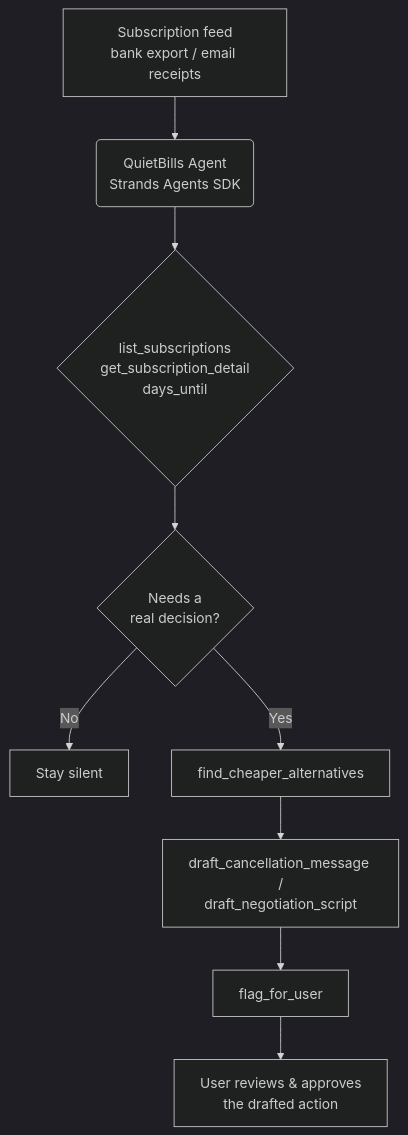
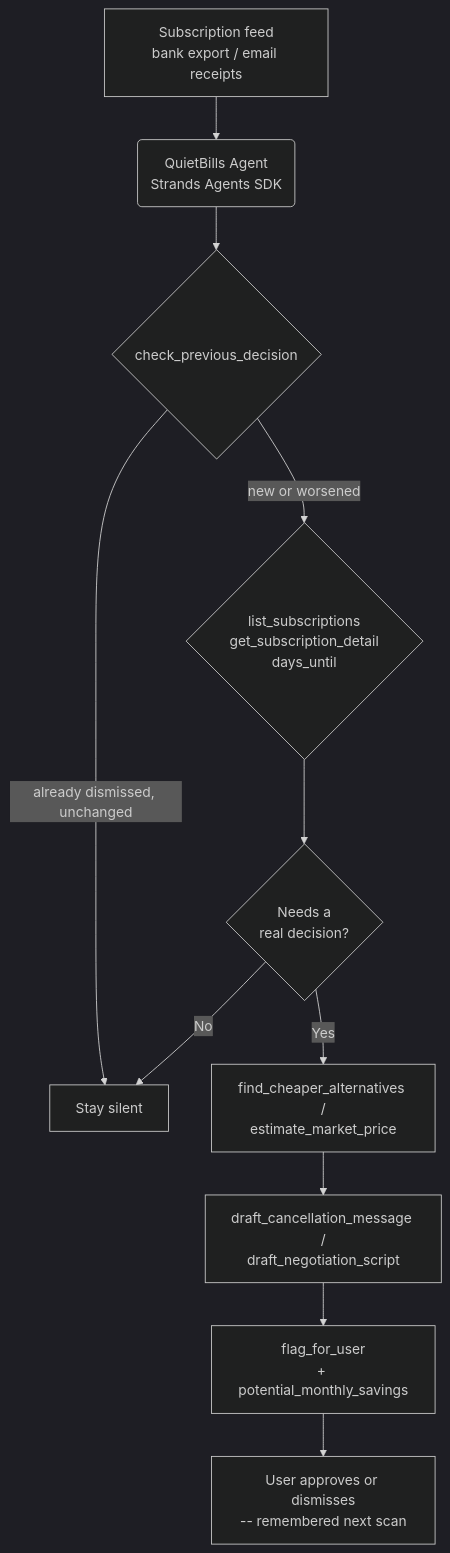
Before and after one commit to Rajpreet12/QuietBills: the diagram in README.md, drawn with Mermaid (dark theme). The commit also changed other lines of this file and 9 other files, not shown here.

First line of the commit message:
Add memory across runs, savings estimate, and a Streamlit dashboard

````diff
--- a/README.md
+++ b/README.md
@@ -29,11 +29,13 @@
 ```mermaid
 flowchart TD
     A[Subscription feed<br/>bank export / email receipts] --> B(QuietBills Agent<br/>Strands Agents SDK)
-    B --> C{list_subscriptions<br/>get_subscription_detail<br/>days_until}
-    C --> D{Needs a<br/>real decision?}
-    D -- No --> E[Stay silent]
-    D -- Yes --> F[find_cheaper_alternatives]
-    F --> G[draft_cancellation_message /<br/>draft_negotiation_script]
-    G --> H[flag_for_user]
-    H --> I[User reviews & approves<br/>the drafted action]
+    B --> C{check_previous_decision}
+    C -- already dismissed, unchanged --> E[Stay silent]
+    C -- new or worsened --> D{list_subscriptions<br/>get_subscription_detail<br/>days_until}
+    D --> F{Needs a<br/>real decision?}
+    F -- No --> E
+    F -- Yes --> G[find_cheaper_alternatives /<br/>estimate_market_price]
+    G --> H[draft_cancellation_message /<br/>draft_negotiation_script]
+    H --> I[flag_for_user<br/>+ potential_monthly_savings]
+    I --> J[User approves or dismisses<br/>-- remembered next scan]
 ```
````
